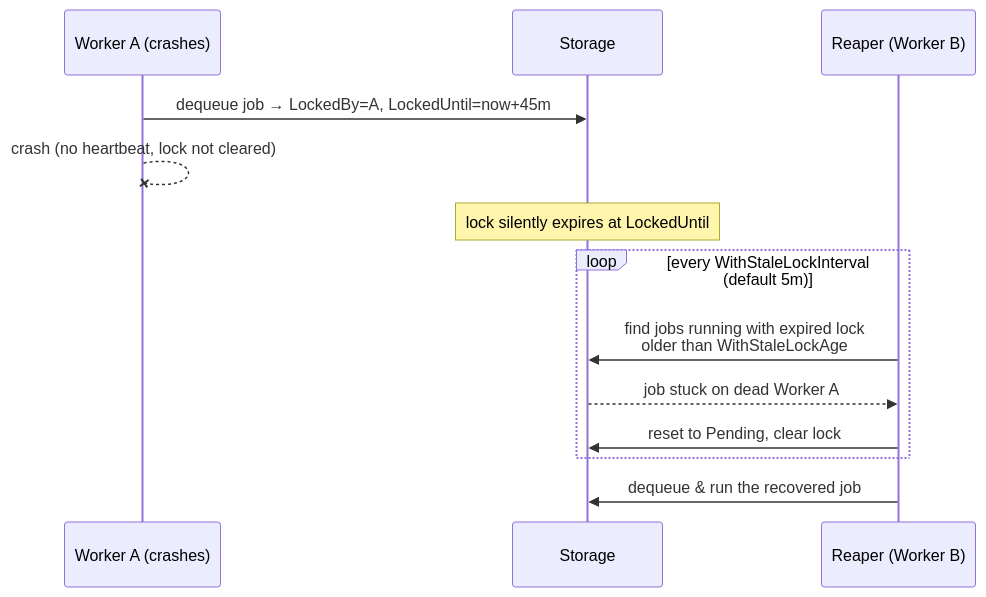
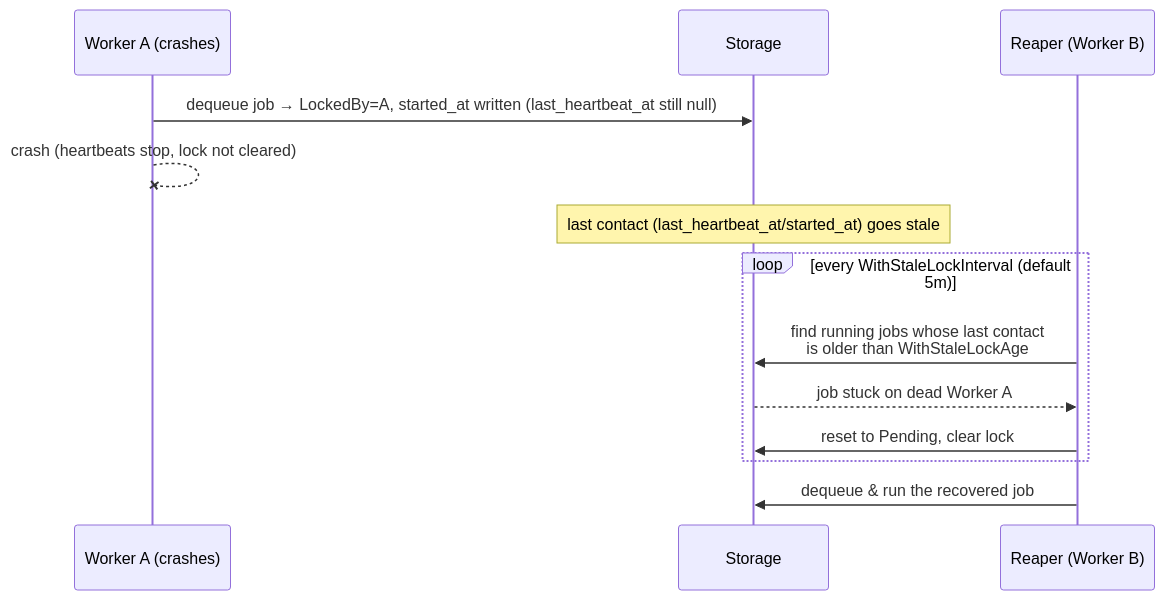
Before and after one commit to jdziat/simple-durable-jobs: the diagram in docs/content/docs/advanced/stale-lock-reaper.md, drawn with Mermaid. The commit also changed other lines of this file and 19 other files, not shown here.

````diff
--- a/docs/content/docs/advanced/stale-lock-reaper.md
+++ b/docs/content/docs/advanced/stale-lock-reaper.md
@@ -10,15 +10,15 @@
 ```mermaid
 sequenceDiagram
     participant A as Worker A (crashes)
     participant DB as Storage
     participant R as Reaper (Worker B)
-    A->>DB: dequeue job → LockedBy=A, LockedUntil=now+45m
-    A--xA: crash (no heartbeat, lock not cleared)
-    Note over DB: lock silently expires at LockedUntil
+    A->>DB: dequeue job → LockedBy=A, started_at written (last_heartbeat_at still null)
+    A--xA: crash (heartbeats stop, lock not cleared)
+    Note over DB: last contact (last_heartbeat_at/started_at) goes stale
     loop every WithStaleLockInterval (default 5m)
-        R->>DB: find jobs running with expired lock<br/>older than WithStaleLockAge
+        R->>DB: find running jobs whose last contact<br/>is older than WithStaleLockAge
         DB-->>R: job stuck on dead Worker A
         R->>DB: reset to Pending, clear lock
     end
     R->>DB: dequeue & run the recovered job
 ```
````
